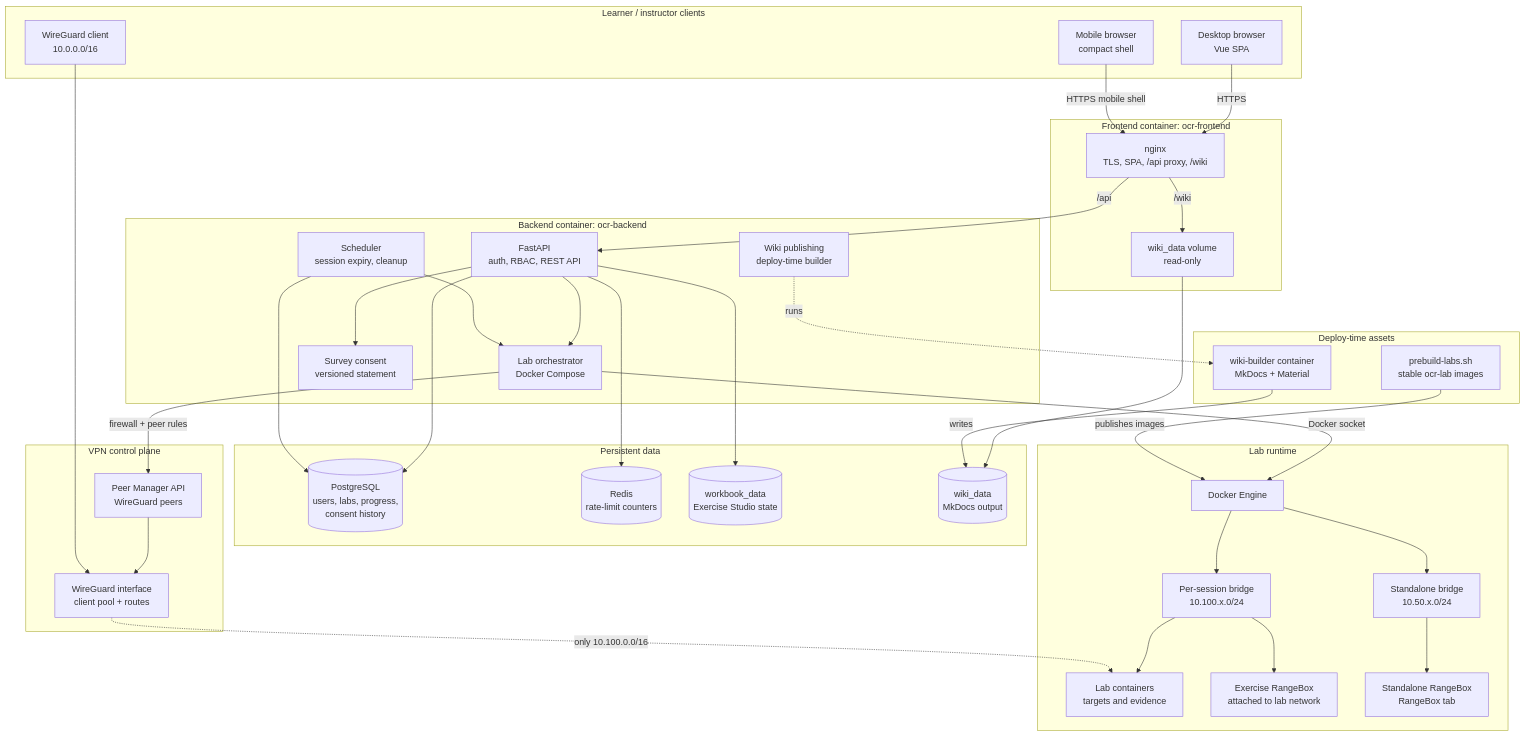
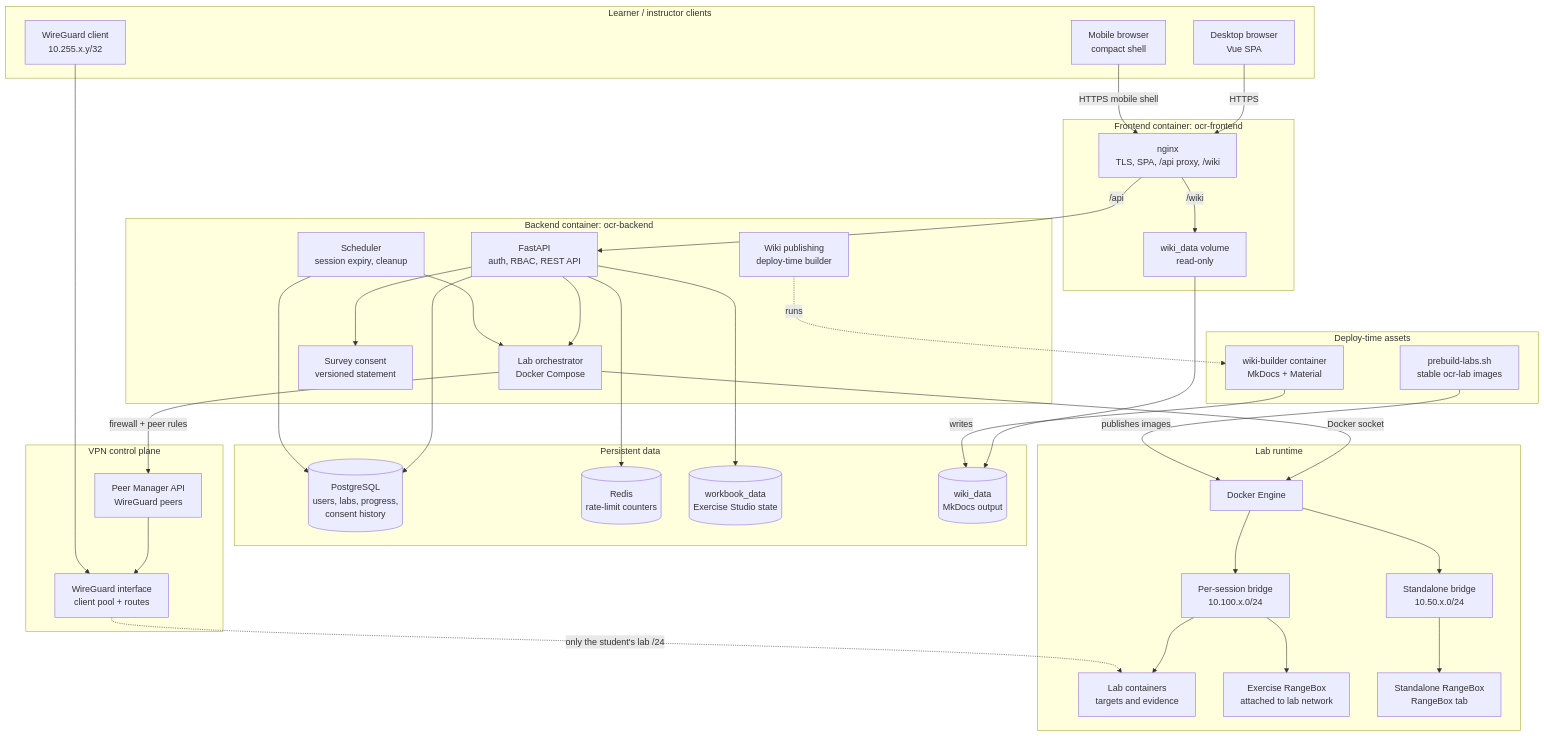
Before and after one commit to RobChaykoski/opencyberrange: the diagram in docs/ARCHITECTURE.md, drawn with Mermaid. The commit also changed other lines of this file and 45 other files, not shown here.

````diff
--- a/docs/ARCHITECTURE.md
+++ b/docs/ARCHITECTURE.md
@@ -9,76 +9,76 @@
 ```mermaid
 flowchart TB
     subgraph Clients["Learner / instructor clients"]
         B["Desktop browser<br/>Vue SPA"]
         M["Mobile browser<br/>compact shell"]
-        V["WireGuard client<br/>10.0.0.0/16"]
+        V["WireGuard client<br/>10.255.x.y/32"]
     end
 
     subgraph Edge["Frontend container: ocr-frontend"]
         N["nginx<br/>TLS, SPA, /api proxy, /wiki"]
         WV["wiki_data volume<br/>read-only"]
     end
 
     subgraph App["Backend container: ocr-backend"]
         API["FastAPI<br/>auth, RBAC, REST API"]
         SCHED["Scheduler<br/>session expiry, cleanup"]
         ORCH["Lab orchestrator<br/>Docker Compose"]
         SURVEY["Survey consent<br/>versioned statement"]
         WIKI["Wiki publishing<br/>deploy-time builder"]
     end
 
     subgraph Data["Persistent data"]
         PG[("PostgreSQL<br/>users, labs, progress,<br/>consent history")]
         RD[("Redis<br/>rate-limit counters")]
         WB[("workbook_data<br/>Exercise Studio state")]
         WIKIV[("wiki_data<br/>MkDocs output")]
     end
 
     subgraph LabRuntime["Lab runtime"]
         DOCKER["Docker Engine"]
         NET["Per-session bridge<br/>10.100.x.0/24"]
         LABS["Lab containers<br/>targets and evidence"]
         LBOX["Exercise RangeBox<br/>attached to lab network"]
         RBNET["Standalone bridge<br/>10.50.x.0/24"]
         RB["Standalone RangeBox<br/>RangeBox tab"]
     end
 
     subgraph VPN["VPN control plane"]
         PM["Peer Manager API<br/>WireGuard peers"]
         WG["WireGuard interface<br/>client pool + routes"]
     end
 
     subgraph Build["Deploy-time assets"]
         BUILDER["wiki-builder container<br/>MkDocs + Material"]
         PREBUILD["prebuild-labs.sh<br/>stable ocr-lab images"]
     end
 
     B -->|HTTPS| N
     M -->|HTTPS mobile shell| N
     N -->|/api| API
     N -->|/wiki| WV
     WV --> WIKIV
 
     API --> PG
     API --> RD
     API --> WB
     API --> SURVEY
     API --> ORCH
     SCHED --> PG
     SCHED --> ORCH
 
     ORCH -->|Docker socket| DOCKER
     DOCKER --> NET
     DOCKER --> RBNET
     NET --> LABS
     NET --> LBOX
     RBNET --> RB
     ORCH -->|firewall + peer rules| PM
     PM --> WG
     V --> WG
-    WG -.->|only 10.100.0.0/16| LABS
+    WG -.->|only the student's lab /24| LABS
 
     BUILDER -->|writes| WIKIV
     PREBUILD -->|publishes images| DOCKER
     WIKI -.->|runs| BUILDER
 ```
````
